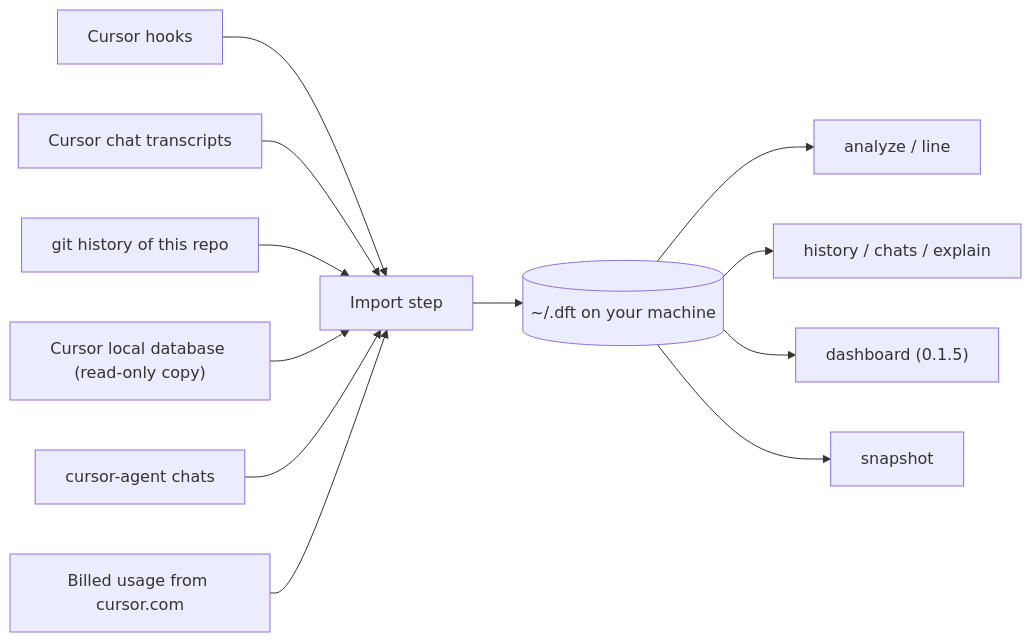
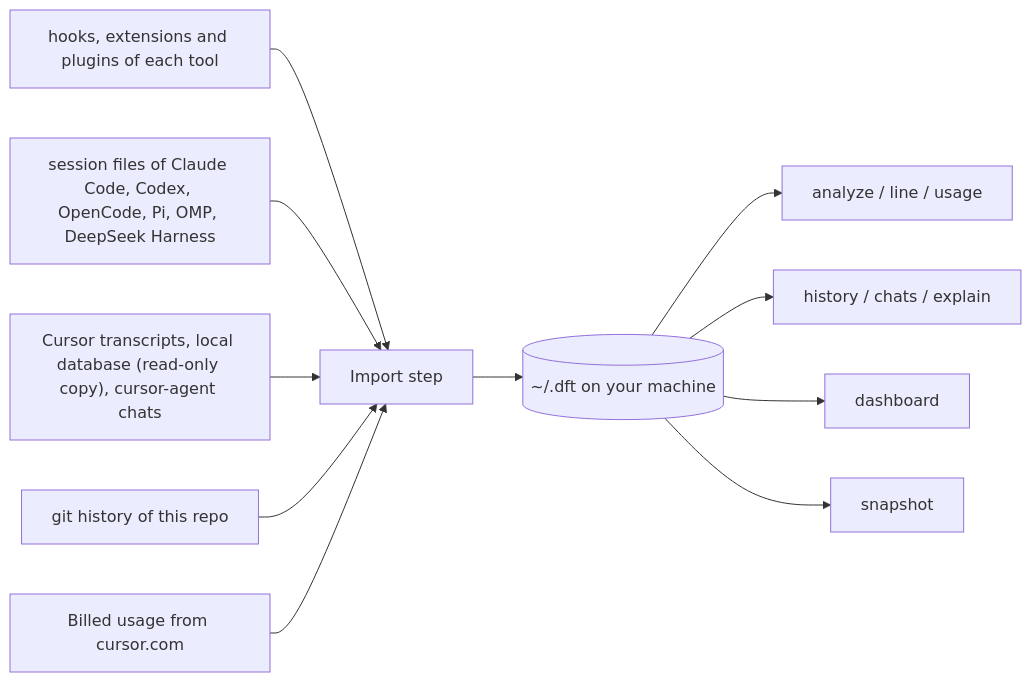
One commit to BleedingDev/dx-feature-tracker changed the first of 19 diagrams in docs/HOW-IT-WORKS.md. Above: the diagram before and after it, drawn with Mermaid. The commit also changed other lines of this file and 3 other files, not shown here.

````diff
--- a/docs/HOW-IT-WORKS.md
+++ b/docs/HOW-IT-WORKS.md
@@ -48,14 +48,13 @@
 ```mermaid
 flowchart LR
-    hooks["Cursor hooks"] --> sync["Import step"]
-    chats["Cursor chat transcripts"] --> sync
+    hooks["hooks, extensions and plugins of each tool"] --> sync["Import step"]
+    sessions["session files of Claude Code, Codex, OpenCode, Pi, OMP, DeepSeek Harness"] --> sync
+    cursor["Cursor transcripts, local database (read-only copy), cursor-agent chats"] --> sync
     git["git history of this repo"] --> sync
-    localdb["Cursor local database (read-only copy)"] --> sync
-    agent["cursor-agent chats"] --> sync
     usage["Billed usage from cursor.com"] --> sync
     sync --> store[("~/.dft on your machine")]
-    store --> a["analyze / line"]
+    store --> a["analyze / line / usage"]
     store --> h["history / chats / explain"]
-    store --> d["dashboard (0.1.5)"]
+    store --> d["dashboard"]
     store --> s["snapshot"]
 ```
````
